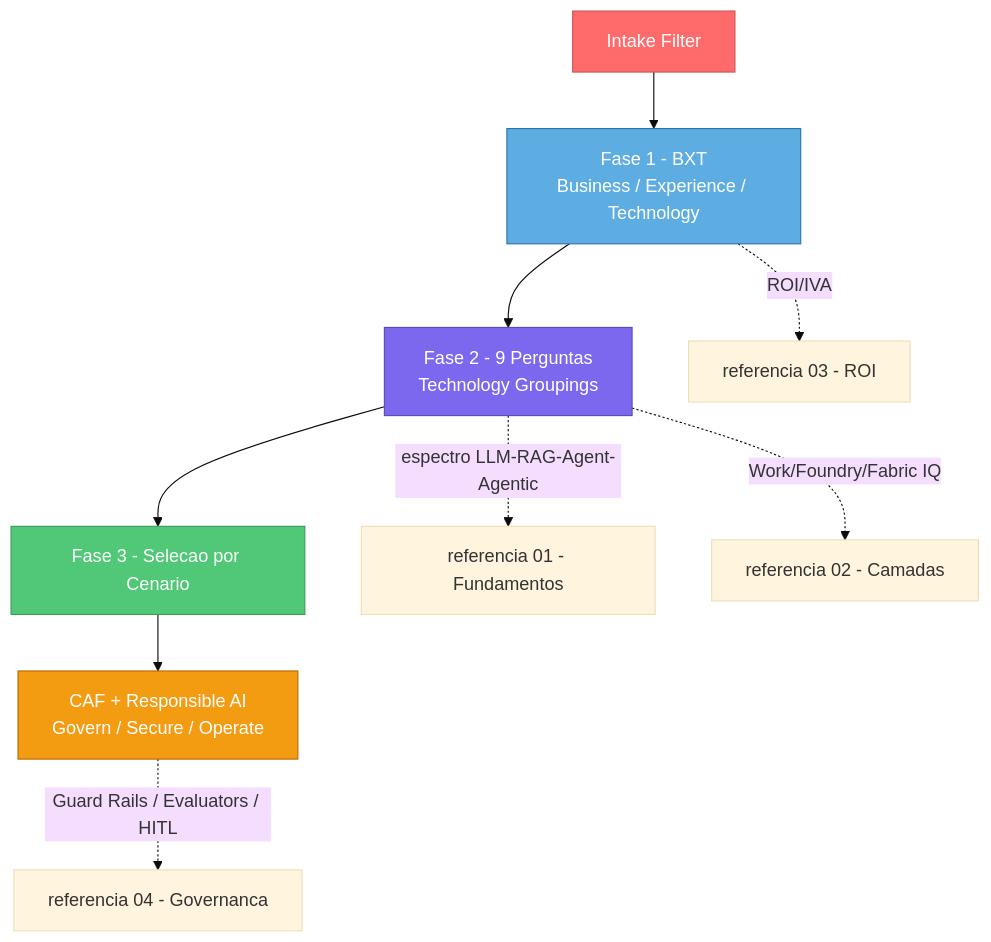
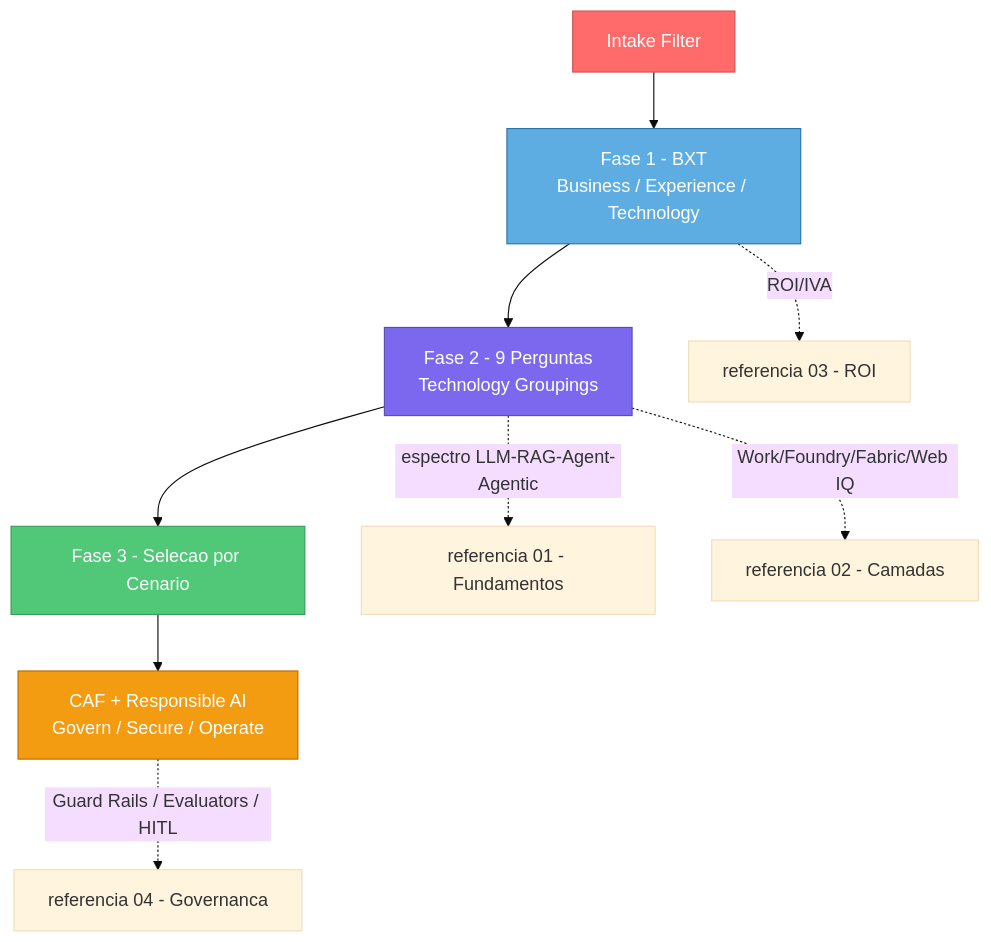
One commit to fabioharams/hubsp-ai-skill changed the diagram in referencias/05-decision-framework-bxt.md. Above: the diagram before and after it, drawn with Mermaid (base theme). The commit also changed other lines of this file and 5 other files, not shown here.

````diff
--- a/referencias/05-decision-framework-bxt.md
+++ b/referencias/05-decision-framework-bxt.md
@@ -99,18 +100,18 @@
 ```mermaid
 flowchart TD
     IF[Intake Filter] --> BXT[Fase 1 - BXT<br/>Business / Experience / Technology]
     BXT --> Q9[Fase 2 - 9 Perguntas<br/>Technology Groupings]
     Q9 --> SEL[Fase 3 - Selecao por Cenario]
     SEL --> GOV[CAF + Responsible AI<br/>Govern / Secure / Operate]
 
     BXT -. ROI/IVA .-> R3[referencia 03 - ROI]
     Q9 -. espectro LLM-RAG-Agent-Agentic .-> R1[referencia 01 - Fundamentos]
-    Q9 -. Work/Foundry/Fabric IQ .-> R2[referencia 02 - Camadas]
+    Q9 -. Work/Foundry/Fabric/Web IQ .-> R2[referencia 02 - Camadas]
     GOV -. Guard Rails / Evaluators / HITL .-> R4[referencia 04 - Governanca]
 
     style IF fill:#FF6B6B,stroke:#CC5555,color:#fff
     style BXT fill:#5DADE2,stroke:#2874A6,color:#fff
     style Q9 fill:#7B68EE,stroke:#5A4DB0,color:#fff
     style SEL fill:#50C878,stroke:#3A9B5C,color:#fff
     style GOV fill:#F39C12,stroke:#BA6A00,color:#fff
 ```
````
